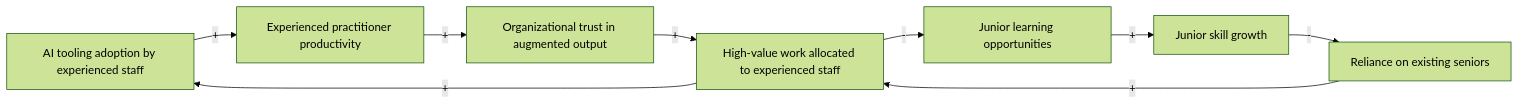
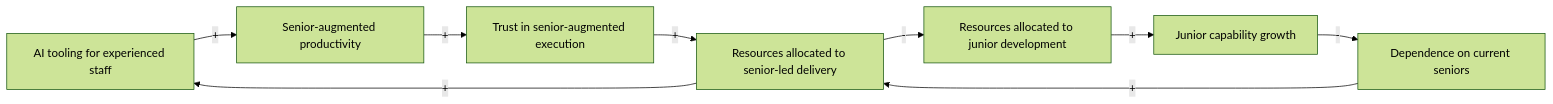
The third of 6 diagrams in _posts/2026-04-28-ai-talent-crisis.md (zbalkan/zbalkan.github.io), drawn with Mermaid (forest theme) before and after one commit. The commit also changed other lines of this file, not shown here.

````diff
--- a/_posts/2026-04-28-ai-talent-crisis.md
+++ b/_posts/2026-04-28-ai-talent-crisis.md
@@ -44,12 +72,12 @@
 ```mermaid
 flowchart LR
-    AI["AI tooling adoption by experienced staff"] -->|+| PROD["Experienced practitioner productivity"]
-    PROD -->|+| TRUST["Organizational trust in augmented output"]
-    TRUST -->|+| WORK["High-value work allocated to experienced staff"]
-    WORK -->|+| AI
+    AI["AI tooling for experienced staff"] -->|+| PROD["Senior-augmented productivity"]
+    PROD -->|+| TRUST["Trust in senior-augmented execution"]
+    TRUST -->|+| RES["Resources allocated to senior-led delivery"]
+    RES -->|+| AI
 
-    WORK -->|-| JUNIOR["Junior learning opportunities"]
-    JUNIOR -->|+| GROWTH["Junior skill growth"]
-    GROWTH -->|-| RELIANCE["Reliance on existing seniors"]
-    RELIANCE -->|+| WORK
+    RES -->|-| DEV["Resources allocated to junior development"]
+    DEV -->|+| GROWTH["Junior capability growth"]
+    GROWTH -->|-| DEP["Dependence on current seniors"]
+    DEP -->|+| RES
 ```
````
